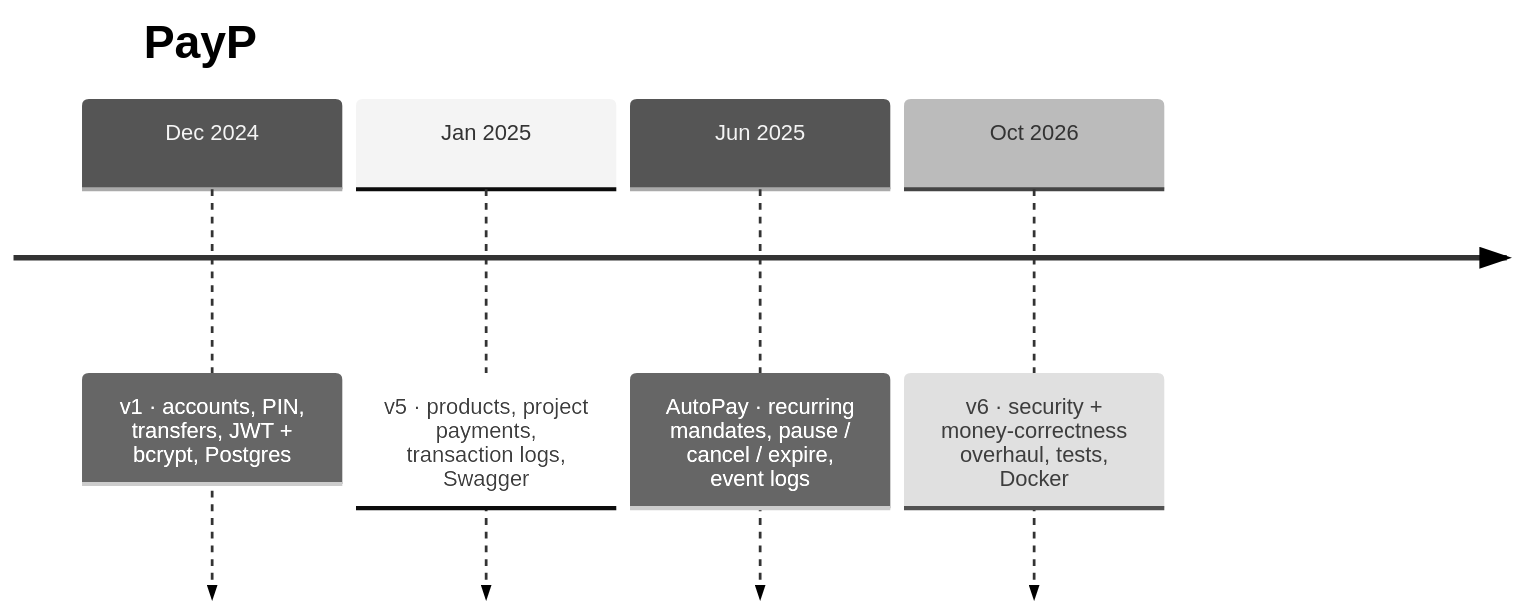
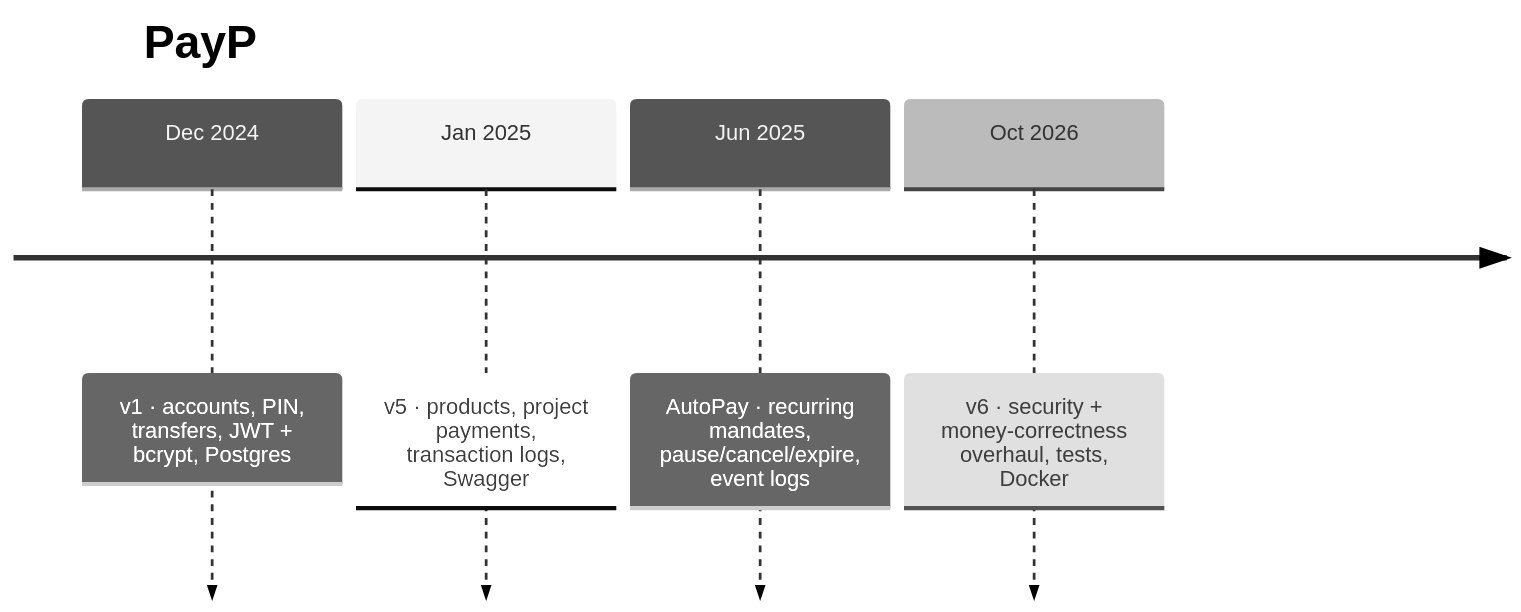
Before and after one commit to AyishikD/AyishikD: the first of 2 diagrams in README.md, drawn with Mermaid (neutral theme). The commit also changed other lines of this file, not shown here.

````diff
--- a/README.md
+++ b/README.md
@@ -82,8 +82,8 @@
 ```mermaid
 timeline
     title PayP
     Dec 2024 : v1 · accounts, PIN, transfers, JWT + bcrypt, Postgres
     Jan 2025 : v5 · products, project payments, transaction logs, Swagger
-    Jun 2025 : AutoPay · recurring mandates, pause / cancel / expire, event logs
+    Jun 2025 : AutoPay · recurring mandates, pause/cancel/expire, event logs
     Oct 2026 : v6 · security + money-correctness overhaul, tests, Docker
 ```
````
